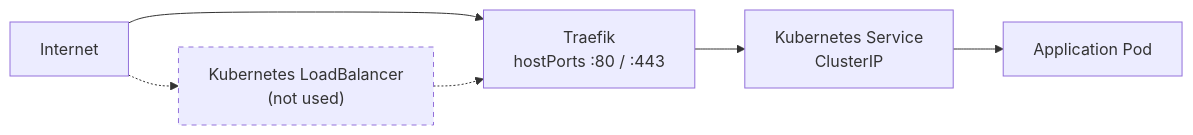
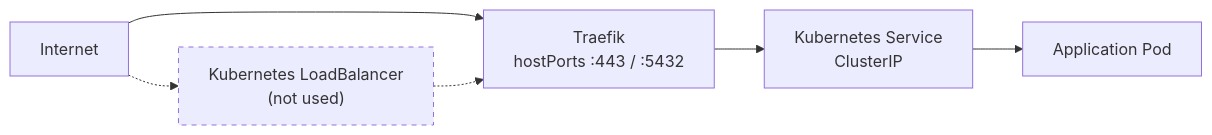
Before and after one commit to Schwitzd/IaC-VPSk3s: the third of 3 diagrams in README.md, drawn with Mermaid. The commit also changed other lines of this file and 26 other files, not shown here.

````diff
--- a/README.md
+++ b/README.md
@@ -120,15 +311,15 @@
 ```mermaid
 flowchart LR
     Internet[Internet]
 
     LoadBalancer["Kubernetes LoadBalancer<br/>(not used)"]
-    Traefik["Traefik<br/>hostPorts :80 / :443"]
+    Traefik["Traefik<br/>hostPorts :443 / :5432"]
     Service["Kubernetes Service<br/>ClusterIP"]
     Pod[Application Pod]
     Internet --> Traefik --> Service --> Pod
     Internet -.-> LoadBalancer
     LoadBalancer -.-> Traefik
 
     classDef dotted stroke-dasharray: 5 5
     class LoadBalancer dotted
 ```
````
